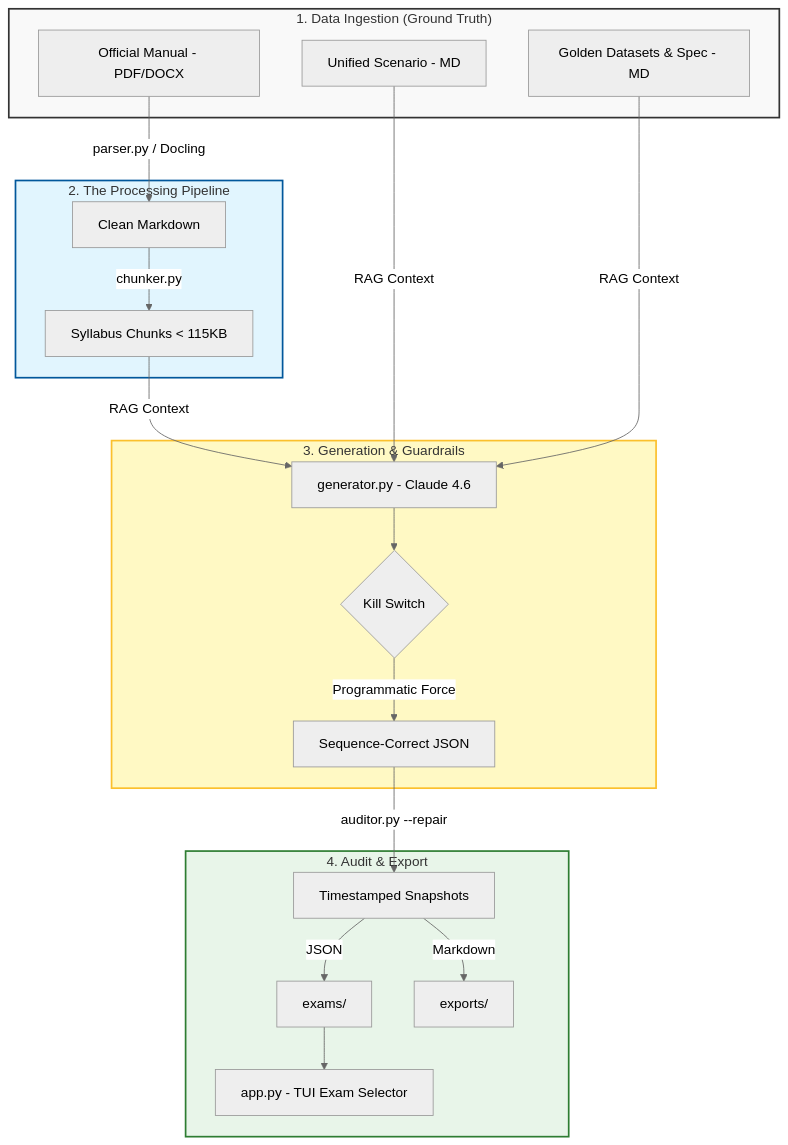
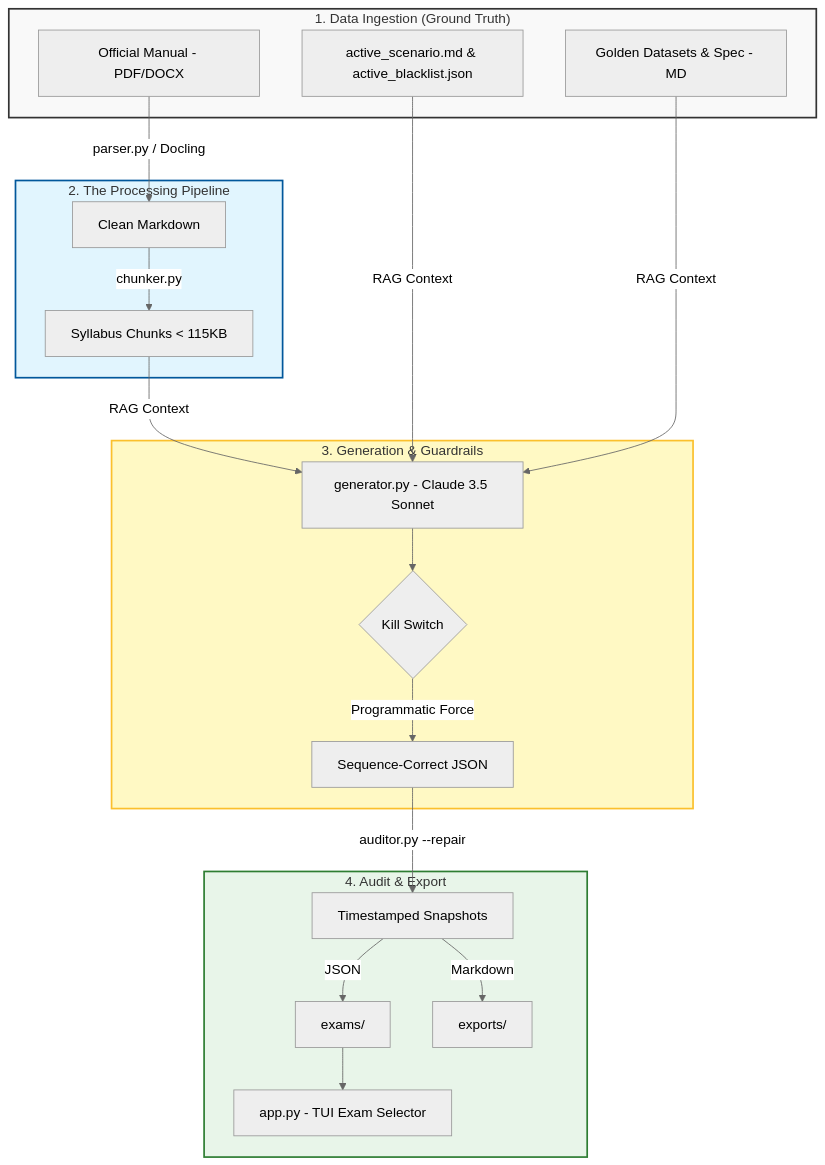
One commit to manokel01/prince2-generator changed the diagram in README.md. Above: the diagram before and after it, drawn with Mermaid (neutral theme). The commit also changed other lines of this file, not shown here.

````diff
--- a/README.md
+++ b/README.md
@@ -37,36 +51,36 @@
 ```mermaid
 graph TD
     %% Inputs
     subgraph Inputs ["1. Data Ingestion (Ground Truth)"]
         A[Official Manual - PDF/DOCX]
-        B[Unified Scenario - MD]
+        B[active_scenario.md & active_blacklist.json]
         C[Golden Datasets & Spec - MD]
     end
 
     %% Processing
     subgraph Pipeline ["2. The Processing Pipeline"]
         A -->|parser.py / Docling| D[Clean Markdown]
         D -->|chunker.py| E[Syllabus Chunks < 115KB]
     end
 
     %% Logic Engine
     subgraph Engine ["3. Generation & Guardrails"]
-        E & B & C -->|RAG Context| F[generator.py - Claude 4.6]
+        E & B & C -->|RAG Context| F[generator.py - Claude 3.5 Sonnet]
         F --> G{Kill Switch}
         G -->|Programmatic Force| H[Sequence-Correct JSON]
     end
 
     %% Validation & Output
     subgraph Validation ["4. Audit & Export"]
         H -->|auditor.py --repair| I[Timestamped Snapshots]
         I -->|JSON| K[exams/]
         I -->|Markdown| L[exports/]
         K --> J[app.py - TUI Exam Selector]
     end
 
     %% Styling
     style Inputs fill:#f9f9f9,stroke:#333,stroke-width:2px
     style Pipeline fill:#e1f5fe,stroke:#01579b,stroke-width:2px
     style Engine fill:#fff9c4,stroke:#fbc02d,stroke-width:2px
     style Validation fill:#e8f5e9,stroke:#2e7d32,stroke-width:2px
 ```
````
